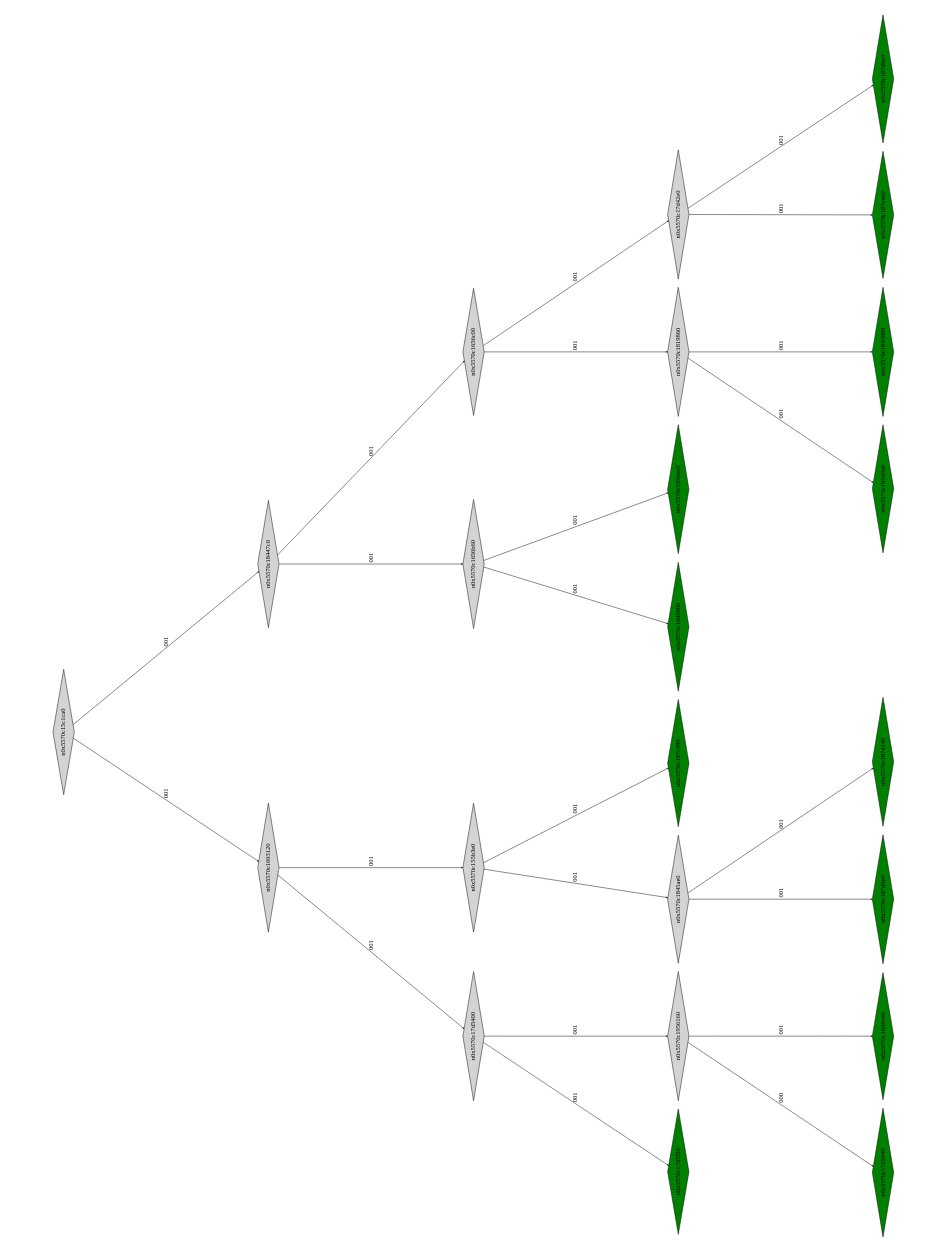
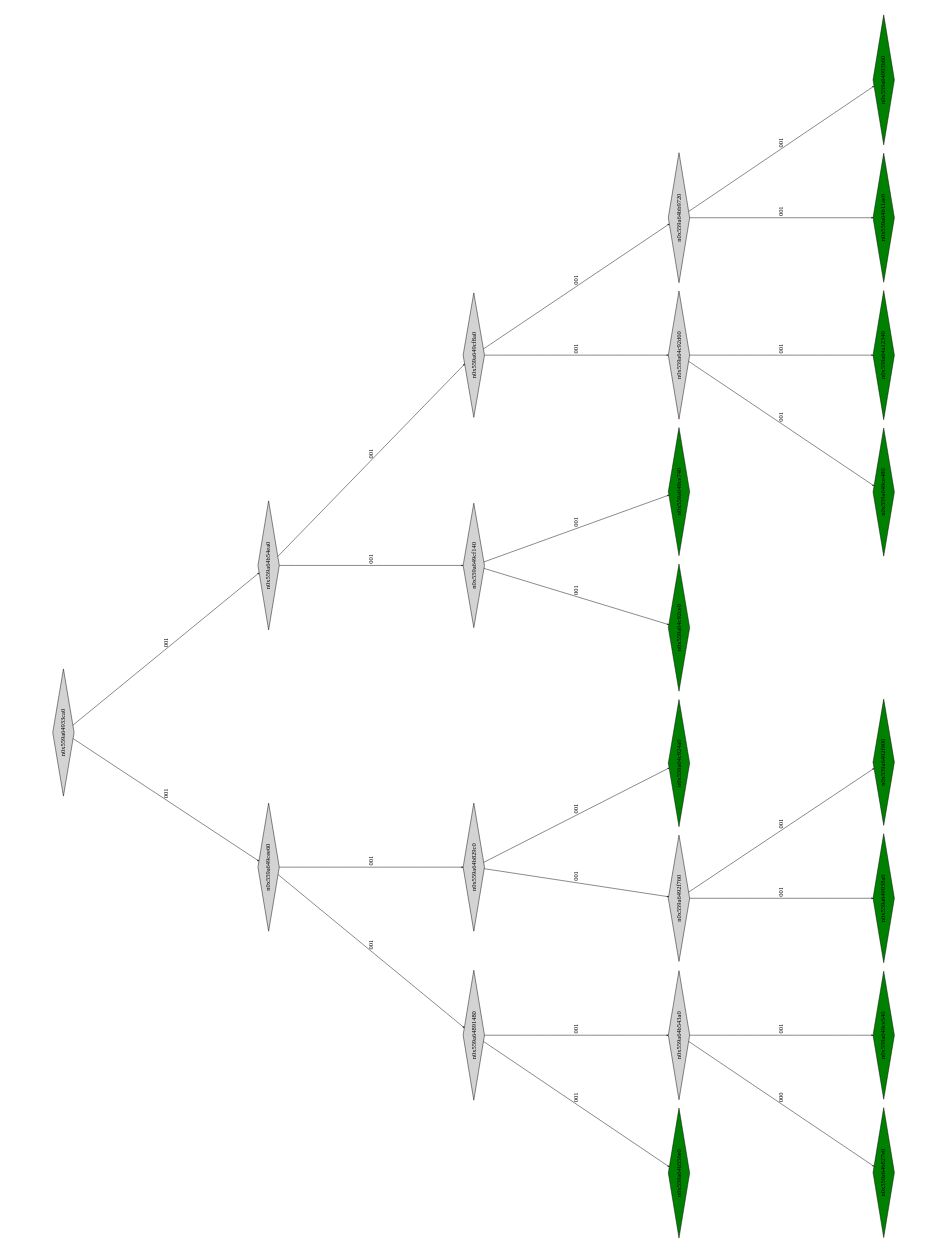
Before and after one commit to Research-Tools-PAVT/PSE-Program-Examples: the diagram in montyhall_klee_out/ptree_00001141.dot, drawn with Graphviz. The commit also changed 42 other files, not shown here.

```diff
--- a/montyhall_klee_out/ptree_00001141.dot
+++ b/montyhall_klee_out/ptree_00001141.dot
@@ -1,53 +1,53 @@
 digraph G {
 	size="10,7.5";
 	ratio=fill;
 	rotate=90;
 	center = "true";
 	node [style="filled",width=.1,height=.1,fontname="Terminus"]
 	edge [arrowsize=.3]
-	n0x5570c15c1ca0 [shape=diamond];
-	n0x5570c15c1ca0 -> n0x5570c1693120 [label=001];
-	n0x5570c15c1ca0 -> n0x5570c18447c0 [label=001];
-	n0x5570c18447c0 [shape=diamond];
-	n0x5570c18447c0 -> n0x5570c1656b60 [label=001];
-	n0x5570c18447c0 -> n0x5570c1656c00 [label=001];
-	n0x5570c1656c00 [shape=diamond];
-	n0x5570c1656c00 -> n0x5570c1819860 [label=001];
-	n0x5570c1656c00 -> n0x5570c17d42e0 [label=001];
-	n0x5570c17d42e0 [shape=diamond];
-	n0x5570c17d42e0 -> n0x5570c187ce60 [label=001];
-	n0x5570c17d42e0 -> n0x5570c187d9a0 [label=001];
-	n0x5570c187d9a0 [shape=diamond,fillcolor=green];
-	n0x5570c187ce60 [shape=diamond,fillcolor=green];
-	n0x5570c1819860 [shape=diamond];
-	n0x5570c1819860 -> n0x5570c19560a0 [label=001];
-	n0x5570c1819860 -> n0x5570c1845080 [label=001];
-	n0x5570c1845080 [shape=diamond,fillcolor=green];
-	n0x5570c19560a0 [shape=diamond,fillcolor=green];
-	n0x5570c1656b60 [shape=diamond];
-	n0x5570c1656b60 -> n0x5570c16d6000 [label=001];
-	n0x5570c1656b60 -> n0x5570c1956ee0 [label=001];
-	n0x5570c1956ee0 [shape=diamond,fillcolor=green];
-	n0x5570c16d6000 [shape=diamond,fillcolor=green];
-	n0x5570c1693120 [shape=diamond];
-	n0x5570c1693120 -> n0x5570c17d5400 [label=001];
-	n0x5570c1693120 -> n0x5570c155b3e0 [label=001];
-	n0x5570c155b3e0 [shape=diamond];
-	n0x5570c155b3e0 -> n0x5570c1845ae0 [label=001];
-	n0x5570c155b3e0 -> n0x5570c187c980 [label=001];
-	n0x5570c187c980 [shape=diamond,fillcolor=green];
-	n0x5570c1845ae0 [shape=diamond];
-	n0x5570c1845ae0 -> n0x5570c187d0e0 [label=001];
-	n0x5570c1845ae0 -> n0x5570c187d140 [label=001];
-	n0x5570c187d140 [shape=diamond,fillcolor=green];
-	n0x5570c187d0e0 [shape=diamond,fillcolor=green];
-	n0x5570c17d5400 [shape=diamond];
-	n0x5570c17d5400 -> n0x5570c17d5f20 [label=001];
-	n0x5570c17d5400 -> n0x5570c1956160 [label=001];
-	n0x5570c1956160 [shape=diamond];
-	n0x5570c1956160 -> n0x5570c17d5940 [label=000];
-	n0x5570c1956160 -> n0x5570c1844c60 [label=001];
-	n0x5570c1844c60 [shape=diamond,fillcolor=green];
-	n0x5570c17d5940 [shape=diamond,fillcolor=green];
-	n0x5570c17d5f20 [shape=diamond,fillcolor=green];
+	n0x559a64933ca0 [shape=diamond];
+	n0x559a64933ca0 -> n0x559a649cee60 [label=001];
+	n0x559a64933ca0 -> n0x559a64b54ea0 [label=001];
+	n0x559a64b54ea0 [shape=diamond];
+	n0x559a64b54ea0 -> n0x559a649cf140 [label=001];
+	n0x559a64b54ea0 -> n0x559a649cf8a0 [label=001];
+	n0x559a649cf8a0 [shape=diamond];
+	n0x559a649cf8a0 -> n0x559a64c92d60 [label=001];
+	n0x559a649cf8a0 -> n0x559a64bb9720 [label=001];
+	n0x559a64bb9720 [shape=diamond];
+	n0x559a64bb9720 -> n0x559a64b11ae0 [label=001];
+	n0x559a64bb9720 -> n0x559a64993b60 [label=001];
+	n0x559a64993b60 [shape=diamond,fillcolor=green];
+	n0x559a64b11ae0 [shape=diamond,fillcolor=green];
+	n0x559a64c92d60 [shape=diamond];
+	n0x559a64c92d60 -> n0x559a649ce480 [label=001];
+	n0x559a64c92d60 -> n0x559a64a12340 [label=001];
+	n0x559a64a12340 [shape=diamond,fillcolor=green];
+	n0x559a649ce480 [shape=diamond,fillcolor=green];
+	n0x559a649cf140 [shape=diamond];
+	n0x559a649cf140 -> n0x559a64c92ce0 [label=001];
+	n0x559a649cf140 -> n0x559a649ce740 [label=001];
+	n0x559a649ce740 [shape=diamond,fillcolor=green];
+	n0x559a64c92ce0 [shape=diamond,fillcolor=green];
+	n0x559a649cee60 [shape=diamond];
+	n0x559a649cee60 -> n0x559a64891480 [label=001];
+	n0x559a649cee60 -> n0x559a64b829c0 [label=001];
+	n0x559a64b829c0 [shape=diamond];
+	n0x559a64b829c0 -> n0x559a6492f760 [label=001];
+	n0x559a64b829c0 -> n0x559a64c924a0 [label=001];
+	n0x559a64c924a0 [shape=diamond,fillcolor=green];
+	n0x559a6492f760 [shape=diamond];
+	n0x559a6492f760 -> n0x559a649938a0 [label=001];
+	n0x559a6492f760 -> n0x559a6492f900 [label=001];
+	n0x559a6492f900 [shape=diamond,fillcolor=green];
+	n0x559a649938a0 [shape=diamond,fillcolor=green];
+	n0x559a64891480 [shape=diamond];
+	n0x559a64891480 -> n0x559a64b556e0 [label=001];
+	n0x559a64891480 -> n0x559a64b543a0 [label=001];
+	n0x559a64b543a0 [shape=diamond];
+	n0x559a64b543a0 -> n0x559a64b827e0 [label=000];
+	n0x559a64b543a0 -> n0x559a649ce540 [label=001];
+	n0x559a649ce540 [shape=diamond,fillcolor=green];
+	n0x559a64b827e0 [shape=diamond,fillcolor=green];
+	n0x559a64b556e0 [shape=diamond,fillcolor=green];
 }
```
